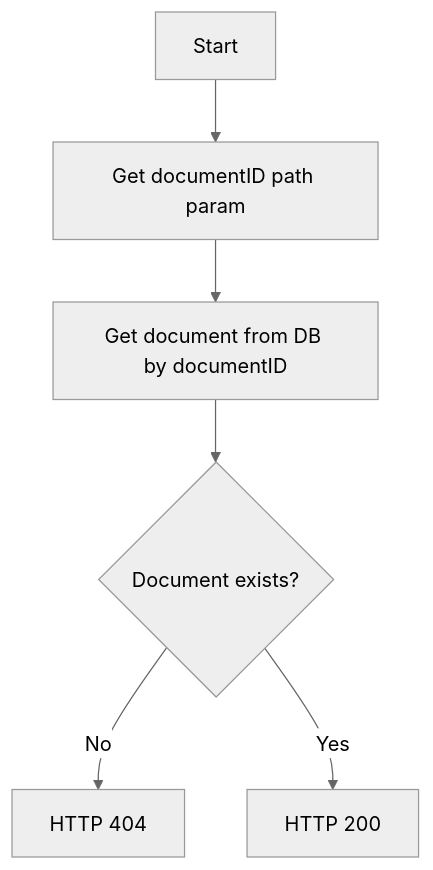
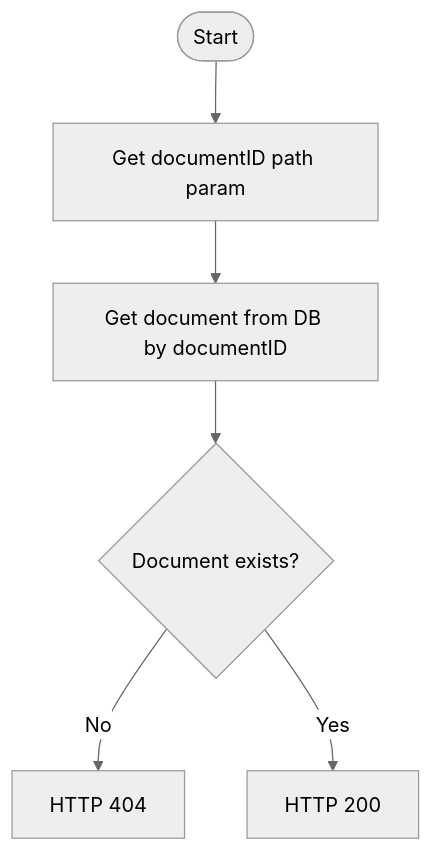
Before and after one commit to gran-software-solutions/blog: the second of 2 diagrams in blog/2023-03-21-concurrency-in-rest-apis/index.mdx, drawn with Mermaid (neutral theme). The commit also changed other lines of this file, not shown here.

Commit message:
Concurrent APIs - formatting

````diff
--- a/blog/2023-03-21-concurrency-in-rest-apis/index.mdx
+++ b/blog/2023-03-21-concurrency-in-rest-apis/index.mdx
@@ -117,8 +117,8 @@
 ```mermaid
 flowchart TD
-    A[Start] --> B[Get documentID path param]
+    A([Start]) --> B[Get documentID path param]
     B --> C[Get document from DB by documentID]
     C --> D{Document exists?}
     D -- No --> E[HTTP 404]
     D -- Yes --> F[HTTP 200]
 ```
````
